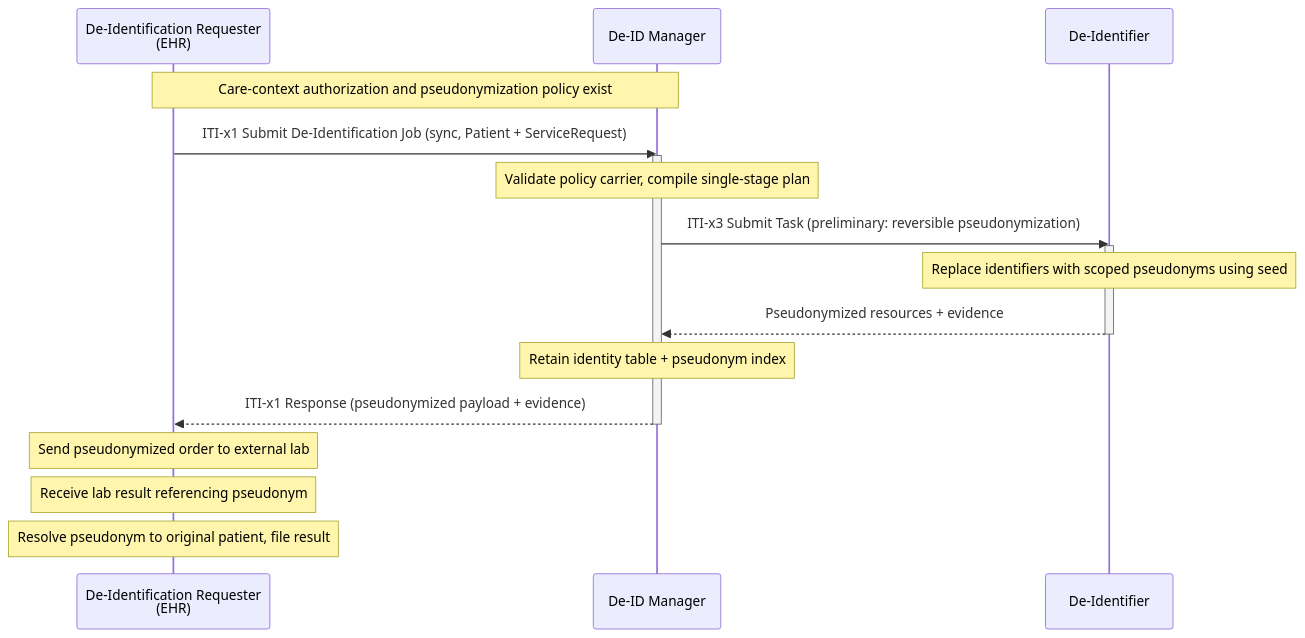
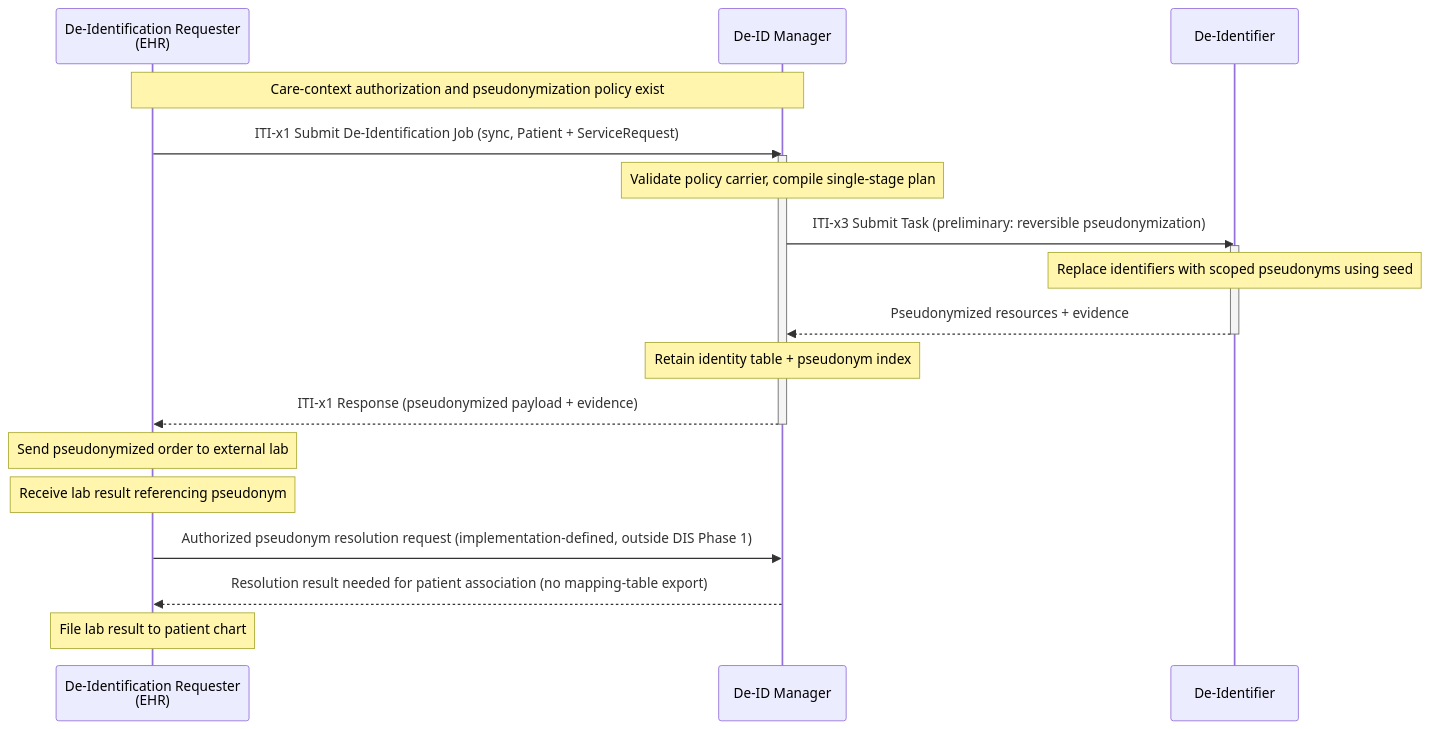
The fourth of 6 diagrams in input/pagecontent/volume-1.md (IHE/ITI.DIS), drawn with Mermaid before and after one commit. The commit also changed other lines of this file and 2 other files, not shown here.

````diff
--- a/input/pagecontent/volume-1.md
+++ b/input/pagecontent/volume-1.md
@@ -343,26 +355,28 @@
 ```mermaid
 sequenceDiagram
     participant EHR as De-Identification Requester<br/>(EHR)
     participant MGR as De-ID Manager
     participant DI as De-Identifier
 
     Note over EHR,MGR: Care-context authorization and pseudonymization policy exist
 
     EHR->>MGR: ITI-x1 Submit De-Identification Job (sync, Patient + ServiceRequest)
     activate MGR
     Note over MGR: Validate policy carrier, compile single-stage plan
 
     MGR->>DI: ITI-x3 Submit Task (preliminary: reversible pseudonymization)
     activate DI
     Note over DI: Replace identifiers with scoped pseudonyms using seed
     DI-->>MGR: Pseudonymized resources + evidence
     deactivate DI
 
     Note over MGR: Retain identity table + pseudonym index
     MGR-->>EHR: ITI-x1 Response (pseudonymized payload + evidence)
     deactivate MGR
 
     Note over EHR: Send pseudonymized order to external lab
     Note over EHR: Receive lab result referencing pseudonym
-    Note over EHR: Resolve pseudonym to original patient, file result
+    EHR->>MGR: Authorized pseudonym resolution request (implementation-defined, outside DIS Phase 1)
+    MGR-->>EHR: Resolution result needed for patient association (no mapping-table export)
+    Note over EHR: File lab result to patient chart
 ```
````
